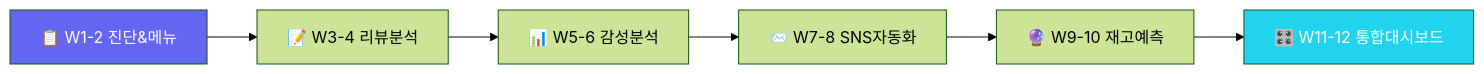
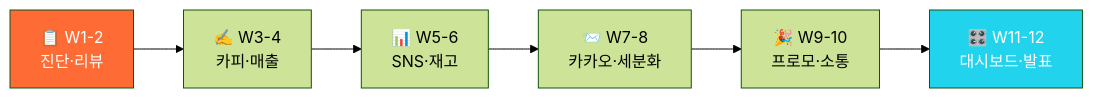
The diagram in README.md (Reasonofmoon/hexa-2), drawn with Mermaid (forest theme) before and after one commit. The commit also changed other lines of this file, not shown here.

````diff
--- a/README.md
+++ b/README.md
@@ -37,11 +35,8 @@
 ```mermaid
 graph LR
-    A[📋 W1-2 진단&메뉴] --> B[📝 W3-4 리뷰분석]
-    B --> C[📊 W5-6 감성분석]
-    C --> D[📨 W7-8 SNS자동화]
-    D --> E[🔮 W9-10 재고예측]
-    E --> F[🎛️ W11-12 통합대시보드]
-    
-    style A fill:#6366f1,color:#fff
+    A[📋 W1-2<br>진단·리뷰] --> B[✍️ W3-4<br>카피·매출]
+    B --> C[📊 W5-6<br>SNS·재고] --> D[📨 W7-8<br>카카오·세분화]
+    D --> E[🎉 W9-10<br>프로모·소통] --> F[🎛️ W11-12<br>대시보드·발표]
+    style A fill:#ff6b35,color:#fff
     style F fill:#22d3ee,color:#fff
 ```
````
